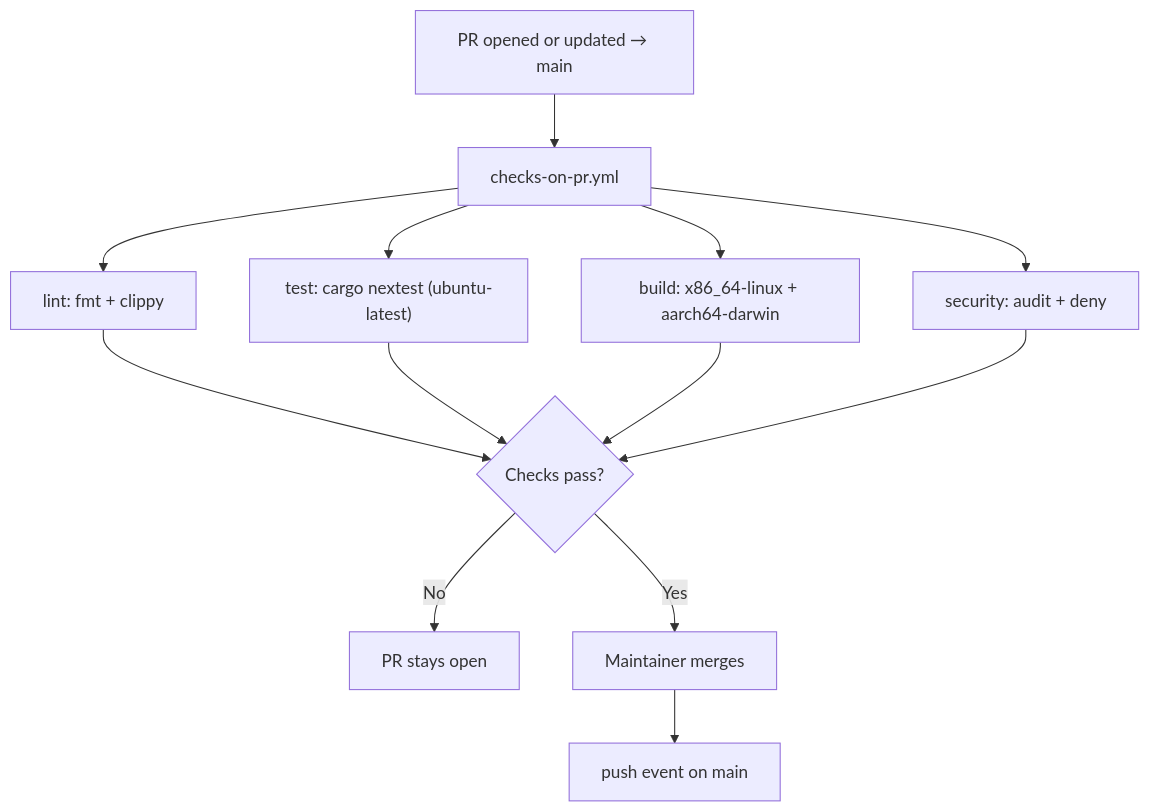
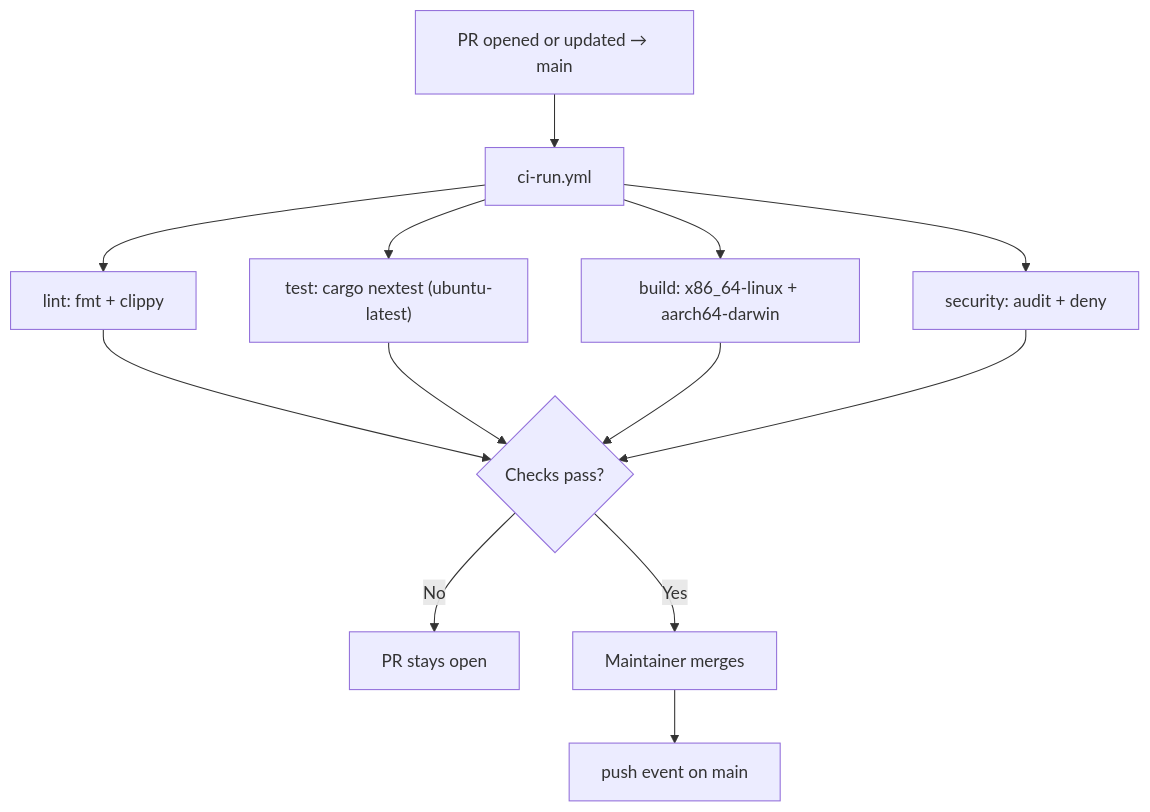
Before and after one commit to KumihoIO/Revka: the first of 3 diagrams in .github/workflows/main-branch-flow.md, drawn with Mermaid. The commit also changed other lines of this file and 119 other files, not shown here.

````diff
--- a/.github/workflows/main-branch-flow.md
+++ b/.github/workflows/main-branch-flow.md
@@ -92,12 +92,12 @@
 ```mermaid
 flowchart TD
-  A["PR opened or updated → main"] --> B["checks-on-pr.yml"]
+  A["PR opened or updated → main"] --> B["ci-run.yml"]
   B --> B0["lint: fmt + clippy"]
   B --> B1["test: cargo nextest (ubuntu-latest)"]
   B --> B2["build: x86_64-linux + aarch64-darwin"]
   B --> B3["security: audit + deny"]
   B0 & B1 & B2 & B3 --> C{"Checks pass?"}
   C -->|No| D["PR stays open"]
   C -->|Yes| E["Maintainer merges"]
   E --> F["push event on main"]
 ```
````
